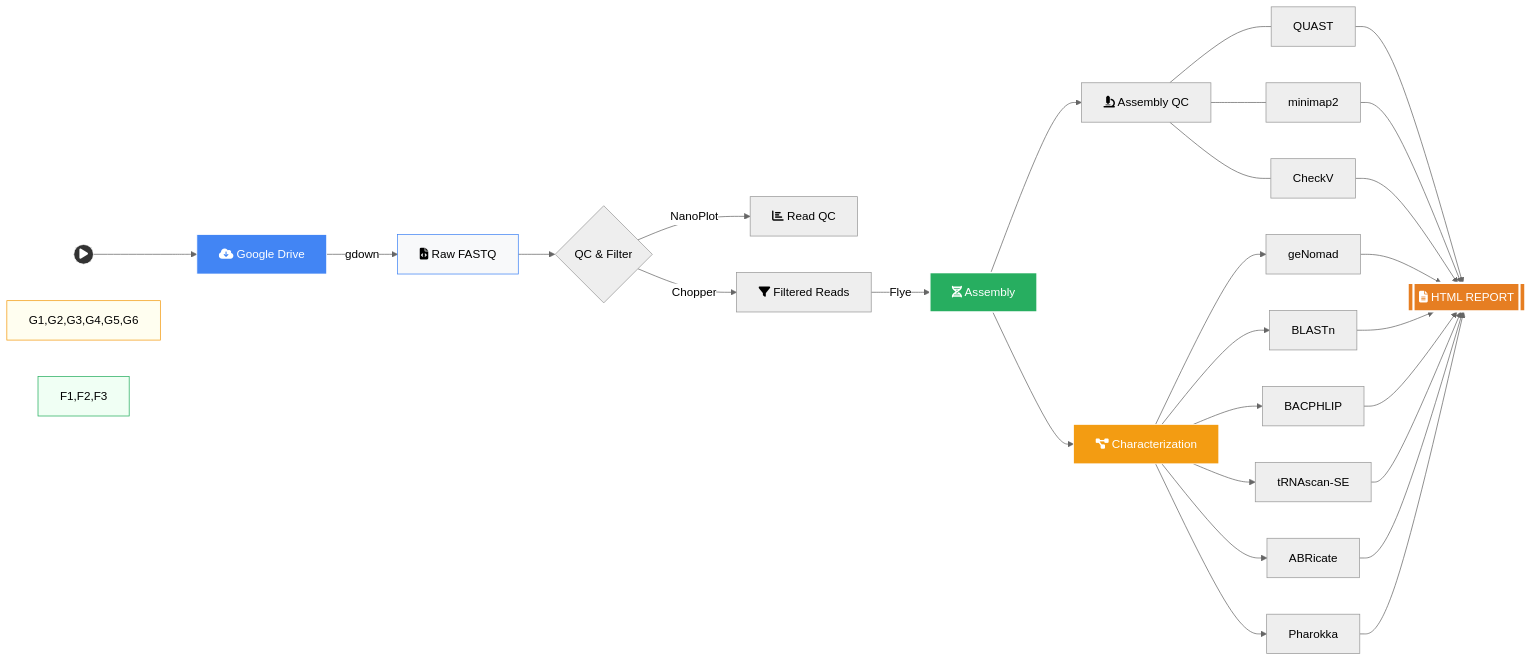
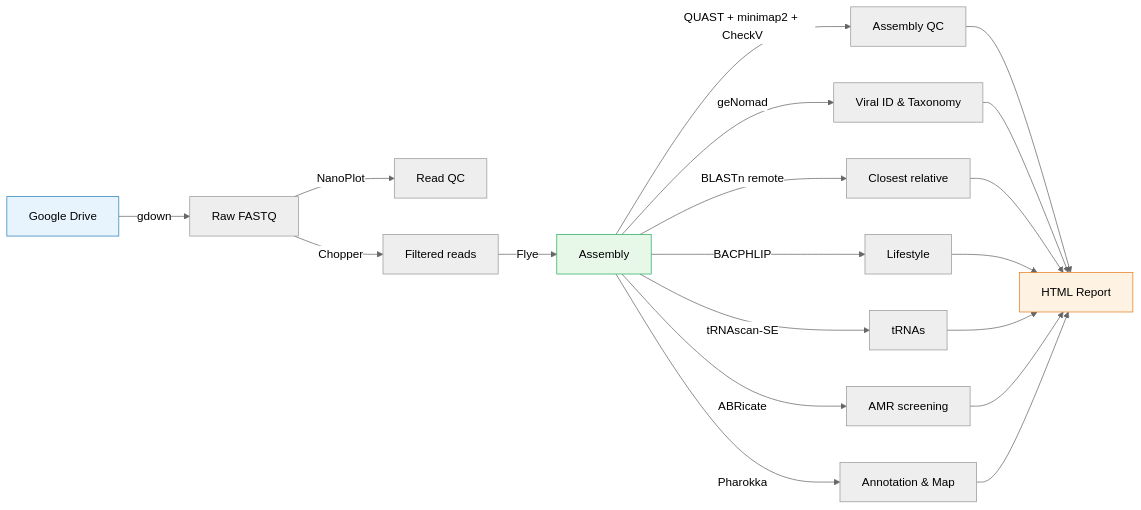
Before and after one commit to wgiovanni13/Nanophage: the diagram in README.md, drawn with Mermaid (neutral theme).

Commit message:
README.md

````diff
--- a/README.md
+++ b/README.md
@@ -7,45 +7,25 @@
 ```mermaid
 graph LR
-    %% Nodos Principales
-    Start((fa:fa-play)) --> A
-    
-    A[fa:fa-cloud-download Google Drive] -- gdown --> B[fa:fa-file-code Raw FASTQ]
-    
-    B --> C{QC & Filter}
-    C -- NanoPlot --> QC[fa:fa-chart-bar Read QC]
-    C -- Chopper --> D[fa:fa-filter Filtered Reads]
-    
-    D -- Flye --> E[fa:fa-dna Assembly]
-    
-    E --> F[fa:fa-microscope Assembly QC]
-    F --- F1[QUAST]
-    F --- F2[minimap2]
-    F --- F3[CheckV]
-    
-    E --> G[fa:fa-project-diagram Characterization]
-    
-    %% Herramientas de Caracterización en abanico
-    G --> G1[geNomad]
-    G --> G2[BLASTn]
-    G --> G3[BACPHLIP]
-    G --> G4[tRNAscan-SE]
-    G --> G5[ABRicate]
-    G --> G6[Pharokka]
-    
-    %% Unión al Reporte
-    F1 & F2 & F3 & G1 & G2 & G3 & G4 & G5 & G6 --> M
-    
-    M[[fa:fa-file-alt HTML REPORT]]
+    A[Google Drive] -->|gdown| B[Raw FASTQ]
+    B -->|NanoPlot| C[Read QC]
+    B -->|Chopper| D[Filtered reads]
+    D -->|Flye| E[Assembly]
+    E -->|QUAST + minimap2 + CheckV| F[Assembly QC]
+    E -->|geNomad| G[Viral ID & Taxonomy]
+    E -->|BLASTn remote| H[Closest relative]
+    E -->|BACPHLIP| I[Lifestyle]
+    E -->|tRNAscan-SE| J[tRNAs]
+    E -->|ABRicate| K[AMR screening]
+    E -->|Pharokka| L[Annotation & Map]
+    F --> M[HTML Report]
+    G --> M
+    H --> M
+    I --> M
+    J --> M
+    K --> M
+    L --> M
 
-    %% Estilos Mejorados
-    style Start fill:#333,stroke:#fff,color:#fff
-    style A fill:#4285F4,stroke:#fff,color:#fff
-    style B fill:#f8f9fa,stroke:#4285F4
-    style E fill:#27ae60,stroke:#fff,color:#fff,stroke-width:2px
-    style G fill:#f39c12,stroke:#fff,color:#fff
-    style M fill:#e67e22,stroke:#fff,color:#fff,stroke-width:3px
-    
-    %% Colores suaves para herramientas
-    style G1,G2,G3,G4,G5,G6 fill:#fffef0,stroke:#f39c12
-    style F1,F2,F3 fill:#f0fff4,stroke:#27ae60
+    style A fill:#e8f4fd,stroke:#2980b9
+    style E fill:#e8f8e8,stroke:#27ae60
+    style M fill:#fef3e2,stroke:#e67e22
 ```
````
